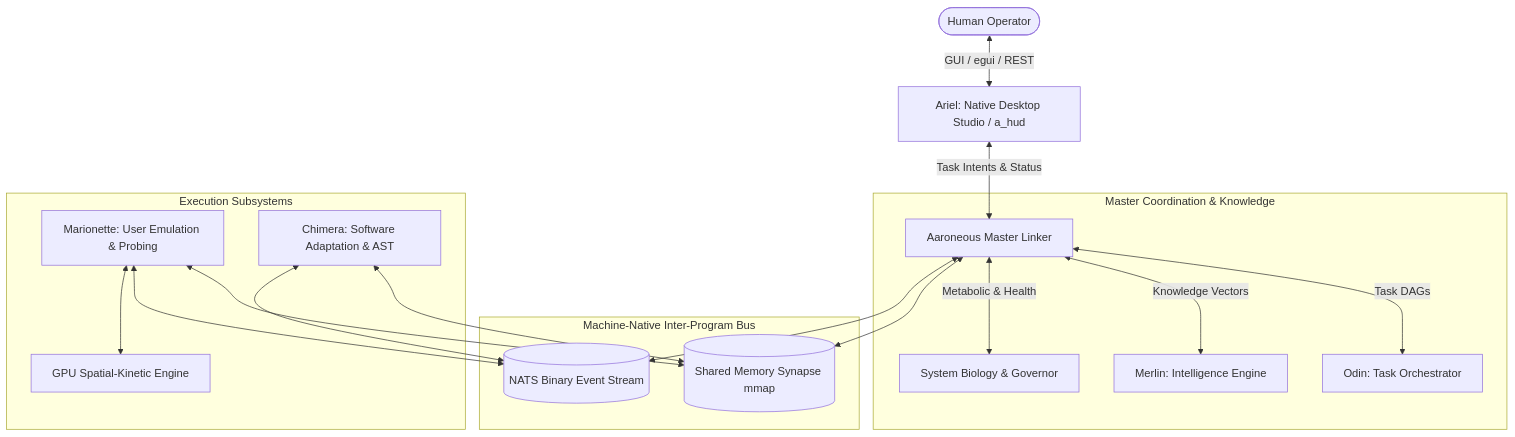
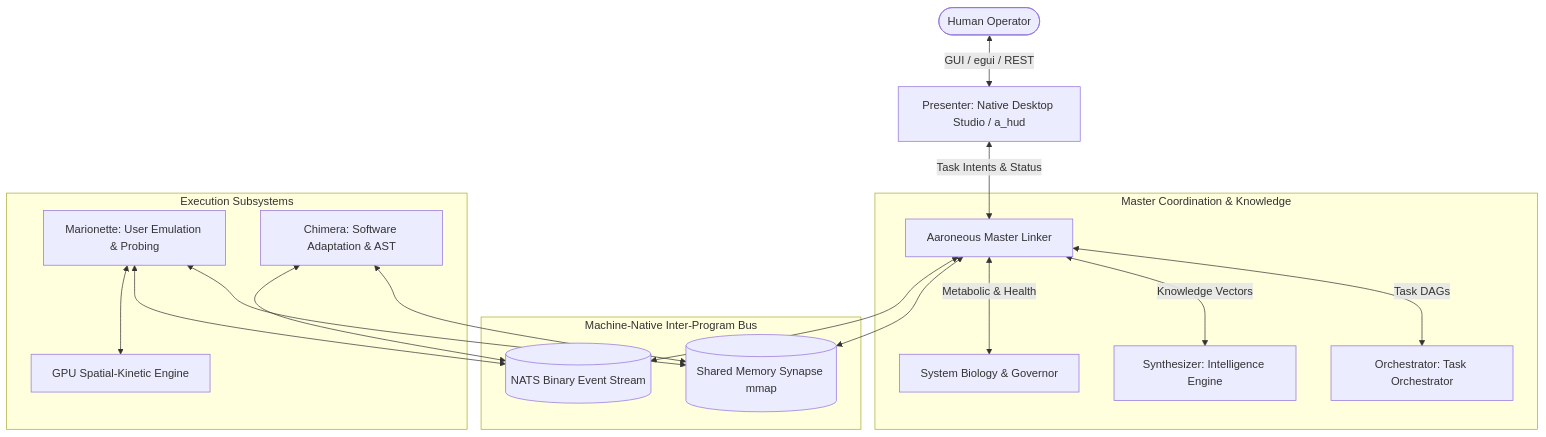
Before and after one commit to Aarogaming/aaroneous: the diagram in dev/docs/02_SYSTEM_ARCHITECTURE_BLUEPRINT.md, drawn with Mermaid. The commit also changed other lines of this file and 23 other files, not shown here.

````diff
--- a/dev/docs/02_SYSTEM_ARCHITECTURE_BLUEPRINT.md
+++ b/dev/docs/02_SYSTEM_ARCHITECTURE_BLUEPRINT.md
@@ -7,32 +7,32 @@
 ```mermaid
 graph TD
-    User([Human Operator]) <-->|GUI / egui / REST| Ariel[Ariel: Native Desktop Studio / a_hud]
-    Ariel <-->|Task Intents & Status| AaroneousMaster[Aaroneous Master Linker]
+    User([Human Operator]) <-->|GUI / egui / REST| Presenter[Presenter: Native Desktop Studio / a_hud]
+    Presenter <-->|Task Intents & Status| AaroneousMaster[Aaroneous Master Linker]
     
     subgraph Master Coordination & Knowledge
-        AaroneousMaster <-->|Task DAGs| Odin[Odin: Task Orchestrator]
-        AaroneousMaster <-->|Knowledge Vectors| Merlin[Merlin: Intelligence Engine]
+        AaroneousMaster <-->|Task DAGs| Orchestrator[Orchestrator: Task Orchestrator]
+        AaroneousMaster <-->|Knowledge Vectors| Synthesizer[Synthesizer: Intelligence Engine]
         AaroneousMaster <-->|Metabolic & Health| Biology[System Biology & Governor]
     end
     
     subgraph Machine-Native Inter-Program Bus
         SynapseMem[(Shared Memory Synapse mmap)]
         NatsBus[(NATS Binary Event Stream)]
     end
     
     AaroneousMaster <--> SynapseMem
     AaroneousMaster <--> NatsBus
     
     subgraph Execution Subsystems
         Marionette[Marionette: User Emulation & Probing]
         Chimera[Chimera: Software Adaptation & AST]
         ReflexGPU[GPU Spatial-Kinetic Engine]
     end
     
     Marionette <--> SynapseMem
     Marionette <--> NatsBus
     Marionette <--> ReflexGPU
     
     Chimera <--> SynapseMem
     Chimera <--> NatsBus
 ```
````
